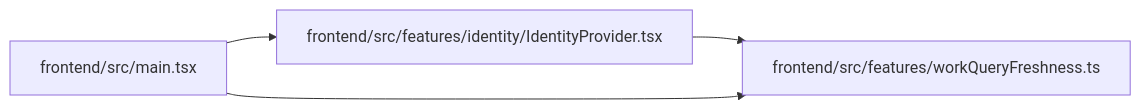
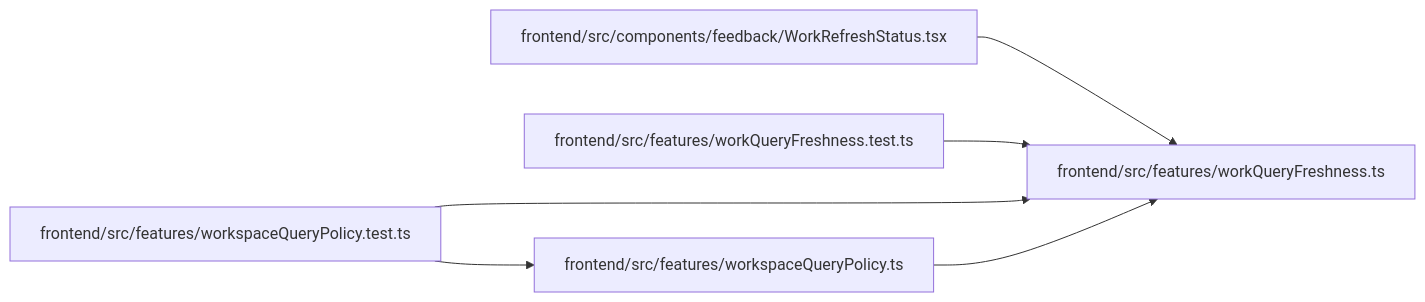
One commit to Denissvgn/WorkChord changed the diagram in docs/llm_wiki/modules/workQueryFreshness.md. Above: the diagram before and after it, drawn with Mermaid. The commit also changed other lines of this file and 10148 other files, not shown here.

````diff
--- a/docs/llm_wiki/modules/workQueryFreshness.md
+++ b/docs/llm_wiki/modules/workQueryFreshness.md
@@ -27,12 +26,18 @@
 ```mermaid
 flowchart LR
-    n0["frontend/src/features/identity/IdentityProvider.tsx"]
-    n1["frontend/src/features/workQueryFreshness.ts"]
-    n2["frontend/src/main.tsx"]
-    n0 --> n1
-    n2 --> n0
-    n2 --> n1
-    click n0 "../modules/IdentityProvider.md"
-    click n1 "../modules/workQueryFreshness.md"
-    click n2 "../modules/src_main.md"
+    n0["frontend/src/components/feedback/WorkRefreshStatus.tsx"]
+    n1["frontend/src/features/workQueryFreshness.test.ts"]
+    n2["frontend/src/features/workQueryFreshness.ts"]
+    n3["frontend/src/features/workspaceQueryPolicy.test.ts"]
+    n4["frontend/src/features/workspaceQueryPolicy.ts"]
+    n0 --> n2
+    n1 --> n2
+    n3 --> n2
+    n3 --> n4
+    n4 --> n2
+    click n0 "../modules/WorkRefreshStatus.md"
+    click n1 "../modules/workQueryFreshness.test.md"
+    click n2 "../modules/workQueryFreshness.md"
+    click n3 "../modules/workspaceQueryPolicy.test.md"
+    click n4 "../modules/workspaceQueryPolicy.md"
 ```
````
